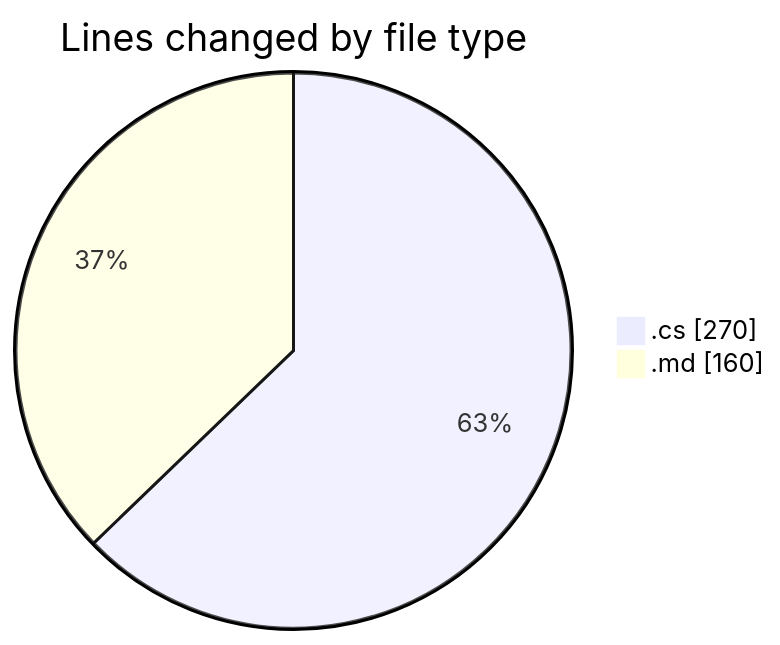
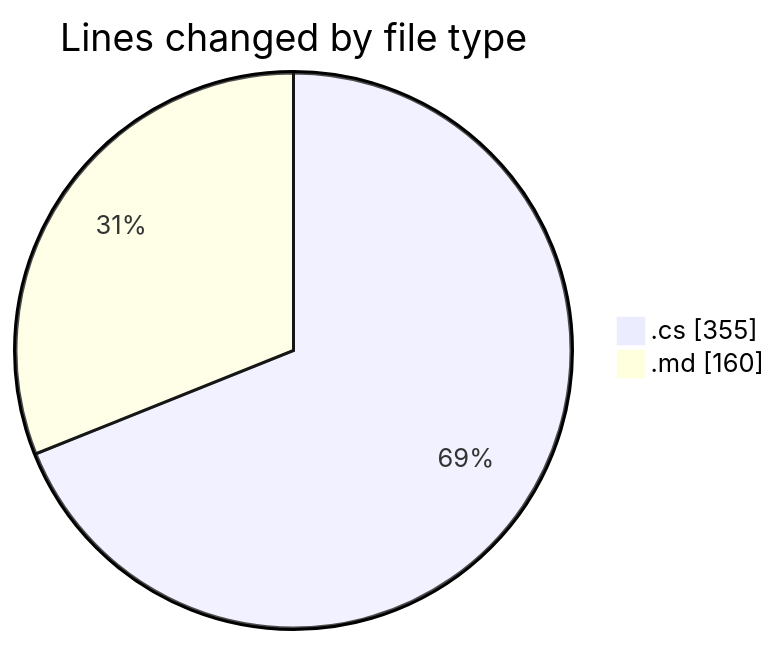
Before and after one commit to ernivani/code-tracking: the first of 2 diagrams in 2024-12-30/leetcode/README.md, drawn with Mermaid. The commit also changed other lines of this file and 3 other files, not shown here.

````diff
--- a/2024-12-30/leetcode/README.md
+++ b/2024-12-30/leetcode/README.md
@@ -24,6 +24,6 @@
 ```mermaid
 pie showData
 title Lines changed by file type
-".cs" : 270
+".cs" : 355
 ".md" : 160
 ```
````
